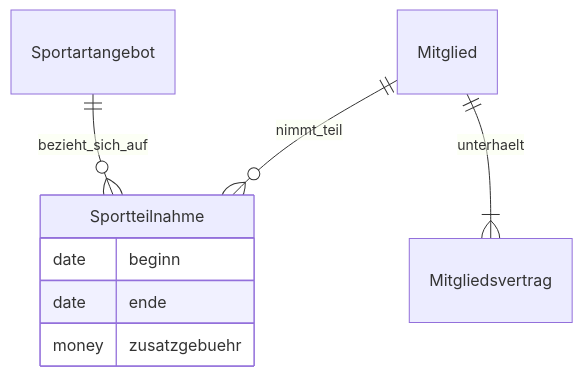
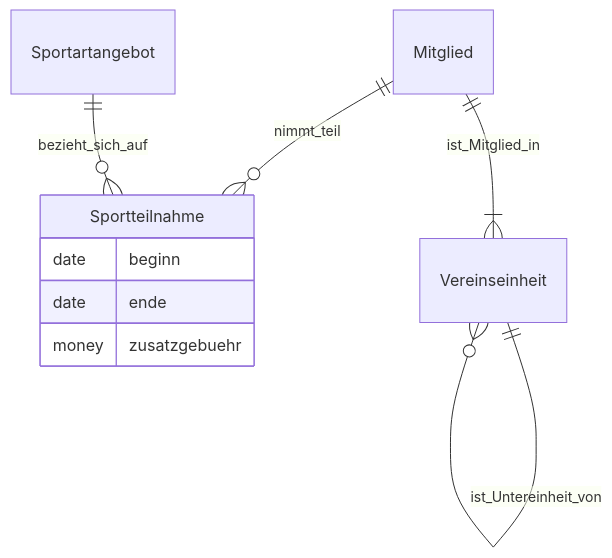
One commit to Lehrstuhl-BWL-EvIS/sportyweb changed the diagram in documentation/datamodel.md. Above: the diagram before and after it, drawn with Mermaid. The commit also changed other lines of this file, not shown here.

````diff
--- a/documentation/datamodel.md
+++ b/documentation/datamodel.md
@@ -22,11 +22,12 @@
 ```mermaid
 erDiagram
 	Mitglied ||--o{ Sportteilnahme : nimmt_teil
 	Sportartangebot ||--o{ Sportteilnahme : bezieht_sich_auf
 	Sportteilnahme {
 		date beginn
 		date ende
 		money zusatzgebuehr
 	}
-	Mitglied ||--|{ Mitgliedsvertrag : unterhaelt
+	Mitglied ||--|{ Vereinseinheit : ist_Mitglied_in
+  Vereinseinheit ||--o{ Vereinseinheit : ist_Untereinheit_von
 ```
````
